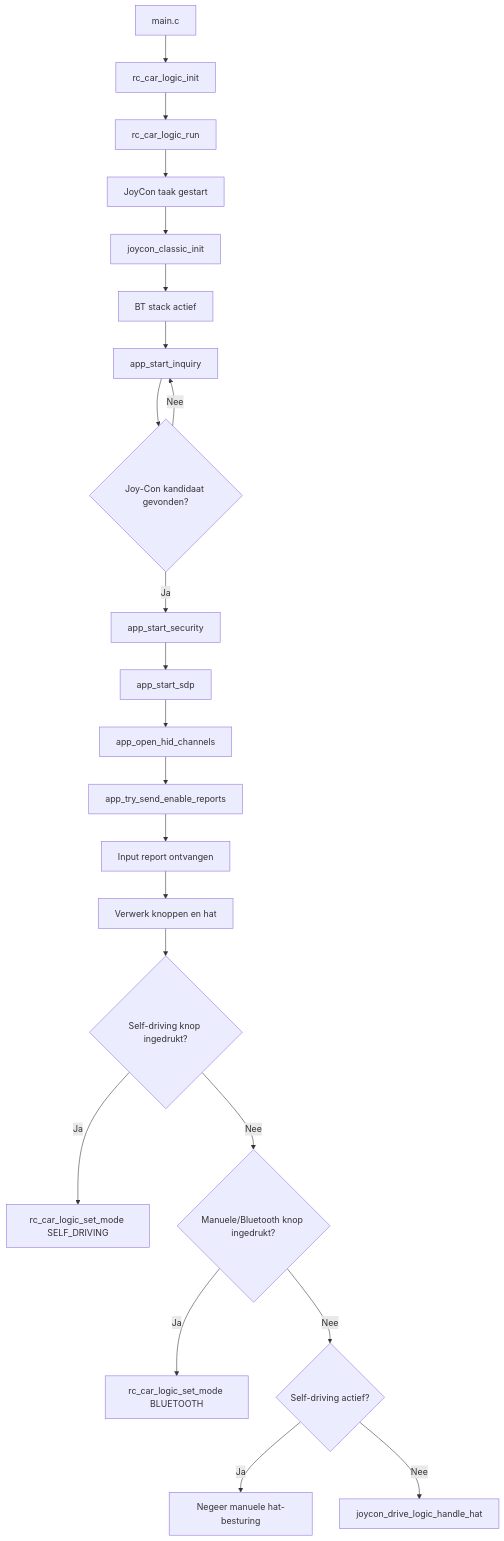
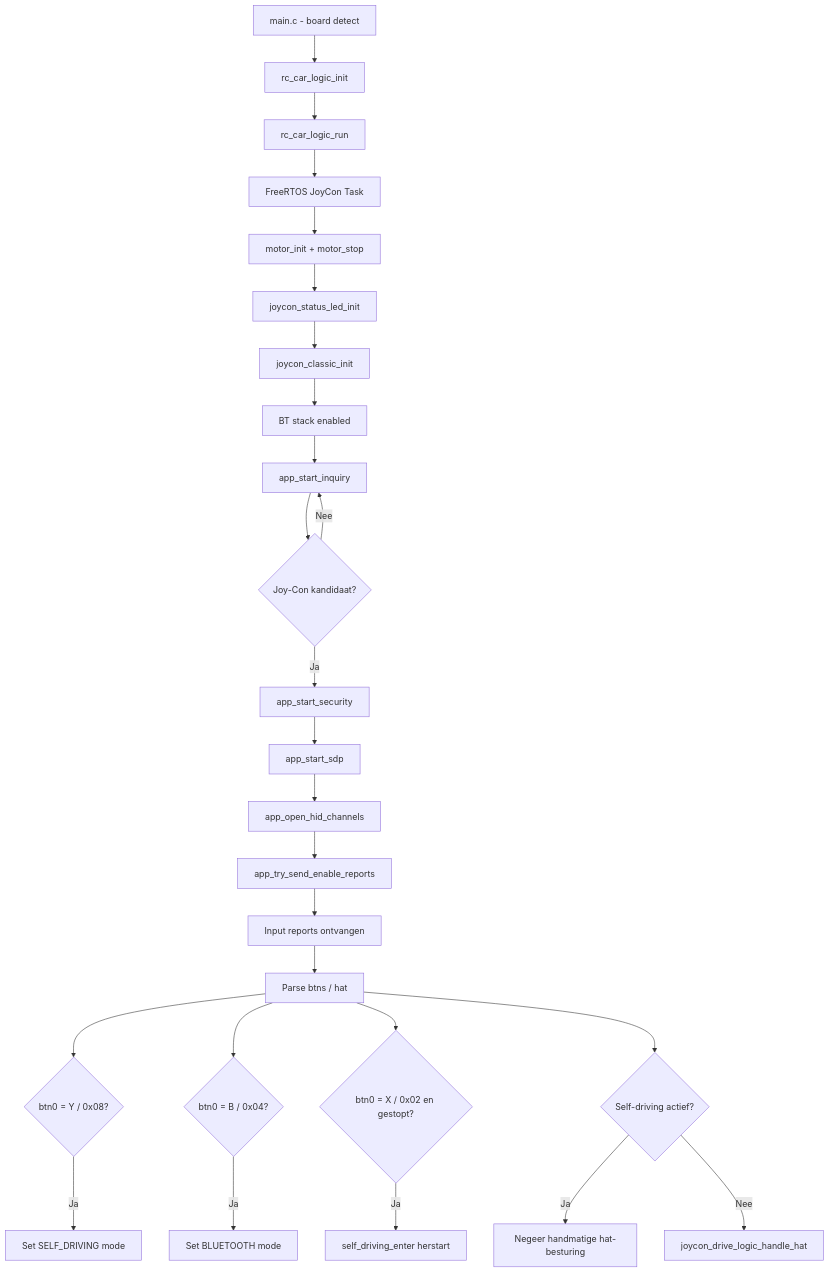
Before and after one commit to Anish-Pun/2EAI-PEN-2526-AGV: the diagram in docs/nl/joycon_nl.md, drawn with Mermaid. The commit also changed other lines of this file and 3 other files, not shown here.

````diff
--- a/docs/nl/joycon_nl.md
+++ b/docs/nl/joycon_nl.md
@@ -73,24 +122,28 @@
 ```mermaid
 flowchart TD
-    A[main.c] --> B[rc_car_logic_init]
+    A[main.c - board detect] --> B[rc_car_logic_init]
     B --> C[rc_car_logic_run]
-    C --> D[JoyCon taak gestart]
-    D --> E[joycon_classic_init]
-    E --> F[BT stack actief]
-    F --> G[app_start_inquiry]
-    G --> H{Joy-Con kandidaat gevonden?}
-    H -- Nee --> G
-    H -- Ja --> I[app_start_security]
-    I --> J[app_start_sdp]
-    J --> K[app_open_hid_channels]
-    K --> L[app_try_send_enable_reports]
-    L --> M[Input report ontvangen]
-    M --> N[Verwerk knoppen en hat]
-    N --> O{Self-driving knop ingedrukt?}
-    O -- Ja --> P[rc_car_logic_set_mode SELF_DRIVING]
-    O -- Nee --> Q{Manuele/Bluetooth knop ingedrukt?}
-    Q -- Ja --> R[rc_car_logic_set_mode BLUETOOTH]
-    Q -- Nee --> S{Self-driving actief?}
-    S -- Ja --> T[Negeer manuele hat-besturing]
-    S -- Nee --> U[joycon_drive_logic_handle_hat]
+    C --> D[FreeRTOS JoyCon Task]
+    D --> E[motor_init + motor_stop]
+    E --> F[joycon_status_led_init]
+    F --> G[joycon_classic_init]
+    G --> H[BT stack enabled]
+    H --> I[app_start_inquiry]
+    I --> J{Joy-Con kandidaat?}
+    J -- Nee --> I
+    J -- Ja --> K[app_start_security]
+    K --> L[app_start_sdp]
+    L --> M[app_open_hid_channels]
+    M --> N[app_try_send_enable_reports]
+    N --> O[Input reports ontvangen]
+    O --> P[Parse btns / hat]
+    P --> Q{btn0 = Y / 0x08? }
+    Q -- Ja --> R[Set SELF_DRIVING mode]
+    P --> S{btn0 = B / 0x04?}
+    S -- Ja --> T[Set BLUETOOTH mode]
+    P --> U{btn0 = X / 0x02 en gestopt?}
+    U -- Ja --> V[self_driving_enter herstart]
+    P --> W{Self-driving actief?}
+    W -- Ja --> X[Negeer handmatige hat-besturing]
+    W -- Nee --> z[joycon_drive_logic_handle_hat]
 ```
````
